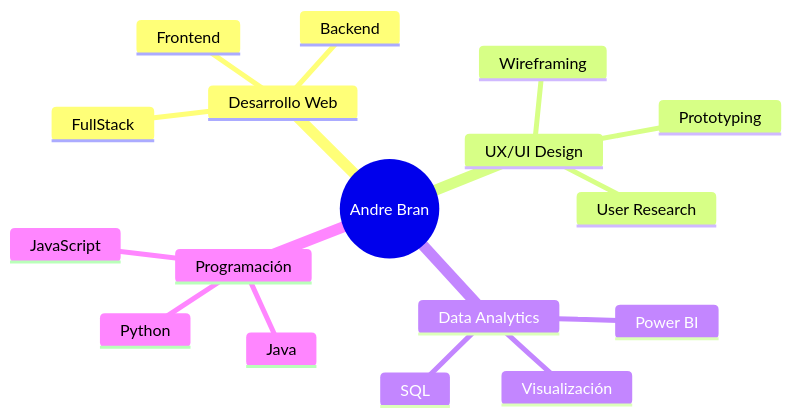
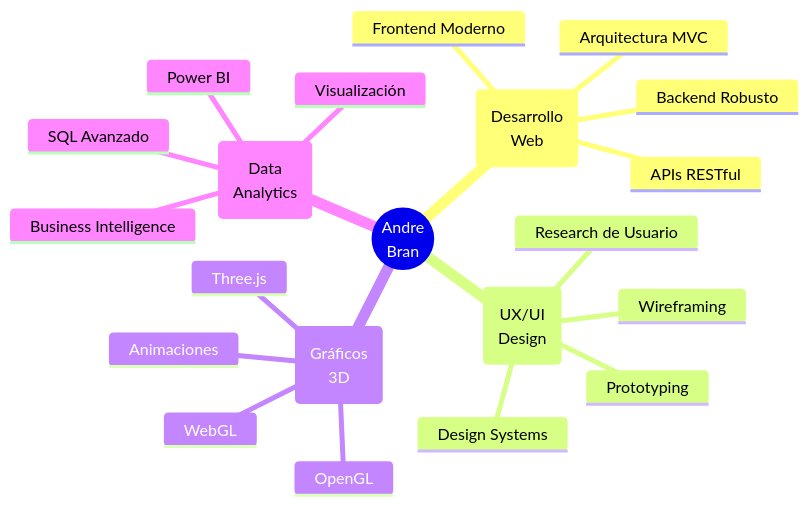
One commit to Abranr/Abranr changed the diagram in README.md. Above: the diagram before and after it, drawn with Mermaid. The commit also changed other lines of this file, not shown here.

````diff
--- a/README.md
+++ b/README.md
@@ -160,20 +276,24 @@
 ```mermaid
 mindmap
-  root((Andre Bran))
-    Desarrollo Web
-      Frontend
-      Backend
-      FullStack
-    UX/UI Design
+  root((Andre<br/>Bran))
+    (Desarrollo<br/>Web)
+      Frontend Moderno
+      Backend Robusto
+      APIs RESTful
+      Arquitectura MVC
+    (UX/UI<br/>Design)
+      Research de Usuario
       Wireframing
       Prototyping
-      User Research
-    Data Analytics
-      SQL
+      Design Systems
+    (Gráficos<br/>3D)
+      Three.js
+      WebGL
+      OpenGL
+      Animaciones
+    (Data<br/>Analytics)
+      SQL Avanzado
       Power BI
       Visualización
-    Programación
-      Java
-      Python
-      JavaScript
+      Business Intelligence
 ```
````
